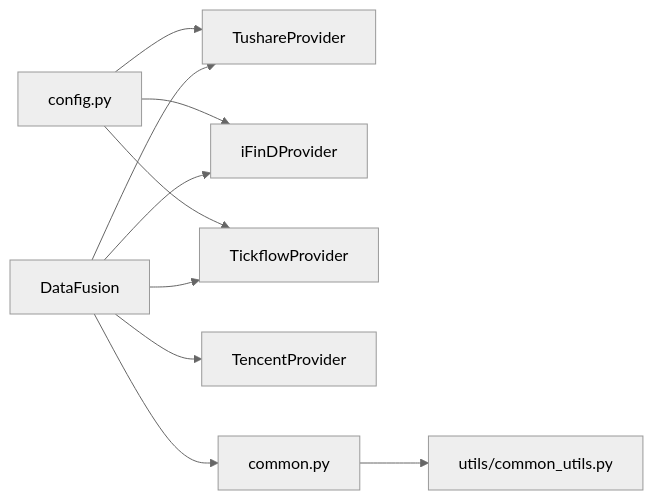
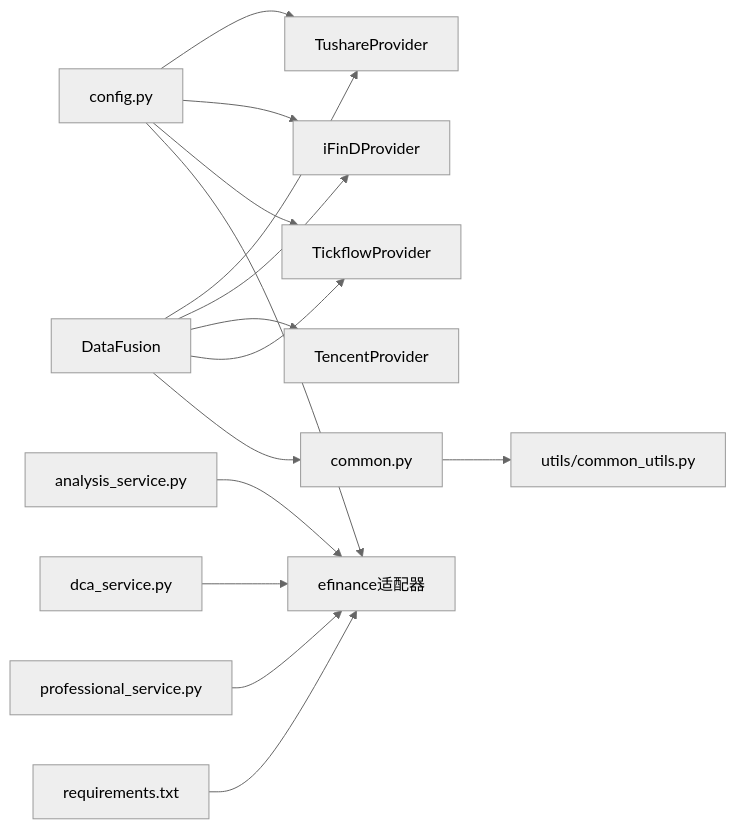
The fifth of 5 diagrams in .qoder/repowiki/zh/content/数据管理/数据源集成.md (youkell85/FundTrader), drawn with Mermaid (neutral theme) before and after one commit. The commit also changed other lines of this file and 11 other files, not shown here.

````diff
--- a/.qoder/repowiki/zh/content/数据管理/数据源集成.md
+++ b/.qoder/repowiki/zh/content/数据管理/数据源集成.md
@@ -293,12 +385,17 @@
 ```mermaid
 graph LR
 CFG["config.py"] --> TS["TushareProvider"]
 CFG --> IFD["iFinDProvider"]
 CFG --> TF["TickflowProvider"]
+CFG --> EF["efinance适配器"]
 FUS["DataFusion"] --> TS
 FUS --> IFD
 FUS --> TX["TencentProvider"]
 FUS --> TF
 FUS --> CMN["common.py"]
+ANALYSIS["analysis_service.py"] --> EF
+DCA["dca_service.py"] --> EF
+PROFESSIONAL["professional_service.py"] --> EF
 CMN --> UTL["utils/common_utils.py"]
+REQ["requirements.txt"] --> EF
 ```
````
